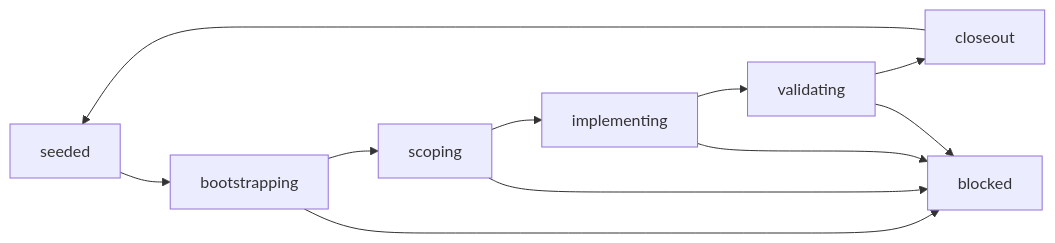
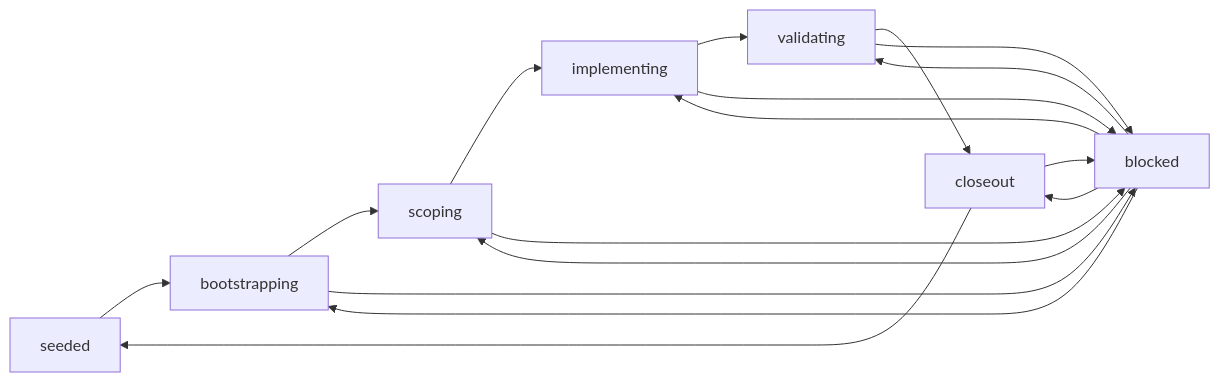
One commit to oronculzac/refactorflow changed the diagram in README.md. Above: the diagram before and after it, drawn with Mermaid.

Commit message:
Fix blocked state in workflow diagram

````diff
--- a/README.md
+++ b/README.md
@@ -36,9 +36,15 @@
 ```mermaid
 flowchart LR
   seeded --> bootstrapping --> scoping --> implementing --> validating --> closeout
   bootstrapping --> blocked
   scoping --> blocked
   implementing --> blocked
   validating --> blocked
   closeout --> seeded
+  closeout --> blocked
+  blocked --> bootstrapping
+  blocked --> scoping
+  blocked --> implementing
+  blocked --> validating
+  blocked --> closeout
 ```
````
